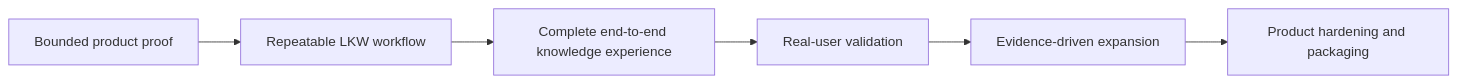
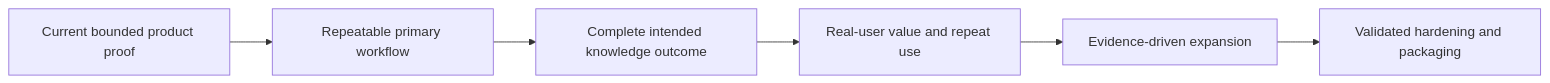
Before and after one commit to jakbuczarnecki/intergrax: the diagram in docs/project/overview/ROADMAP.md, drawn with Mermaid. The commit also changed other lines of this file and 3 other files, not shown here.

Commit message:
docs: clarify public roadmap outcome gates

````diff
--- a/docs/project/overview/ROADMAP.md
+++ b/docs/project/overview/ROADMAP.md
@@ -33,9 +33,9 @@
 ```mermaid
 flowchart LR
-    A[Bounded product proof]
-    A --> B[Repeatable LKW workflow]
-    B --> C[Complete end-to-end knowledge experience]
-    C --> D[Real-user validation]
+    A[Current bounded product proof]
+    A --> B[Repeatable primary workflow]
+    B --> C[Complete intended knowledge outcome]
+    C --> D[Real-user value and repeat use]
     D --> E[Evidence-driven expansion]
-    E --> F[Product hardening and packaging]
+    E --> F[Validated hardening and packaging]
 ```
````
